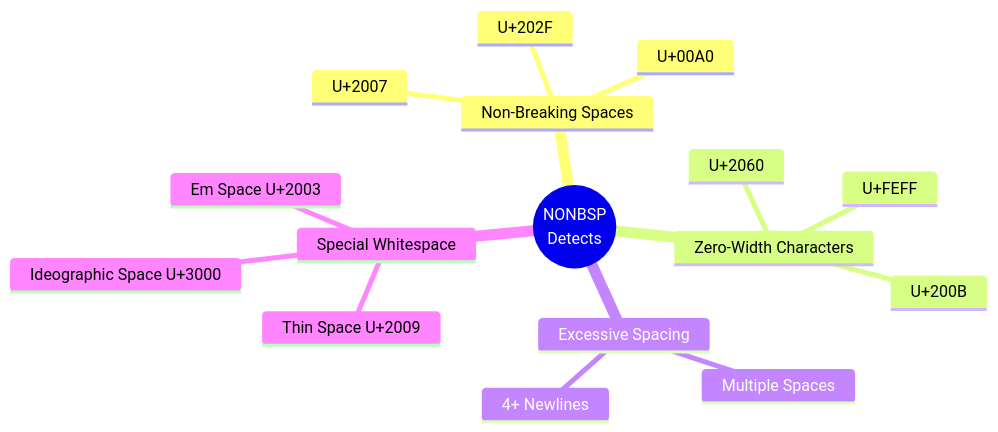
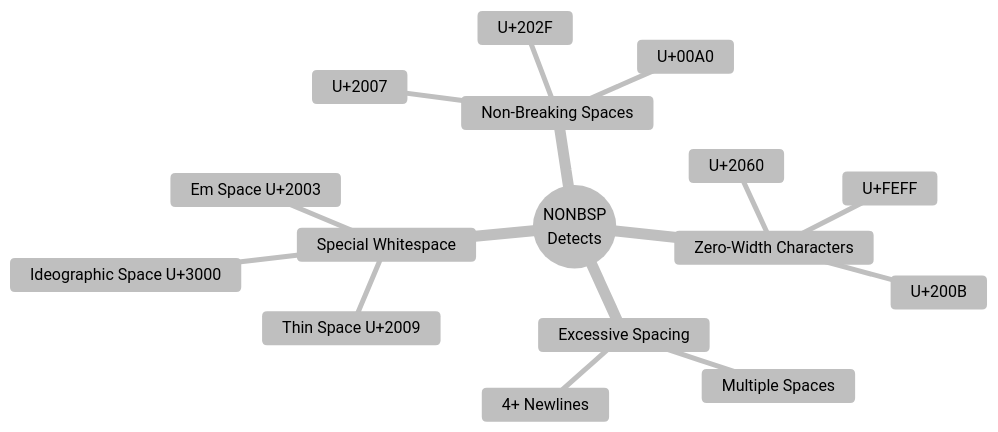
The second of 6 diagrams in README.md (rajtilak-2020/NO-NBSP), drawn with Mermaid before and after one commit. The commit also changed other lines of this file, not shown here.

````diff
--- a/README.md
+++ b/README.md
@@ -67,19 +49,27 @@
 ```mermaid
+%%{init: {'theme': 'base', 'themeVariables': {
+  'primaryColor': '#ffffff',
+  'primaryTextColor': '#000000',
+  'primaryBorderColor': '#ffffff',
+  'lineColor': '#ffffff',
+  'secondaryColor': '#ffffff',
+  'tertiaryColor': '#ffffff'
+}}}%%
 mindmap
   root((NONBSP<br/>Detects))
     Non-Breaking Spaces
       U+00A0
       U+202F
       U+2007
     Zero-Width Characters
       U+200B
       U+2060
       U+FEFF
     Excessive Spacing
       Multiple Spaces
       4+ Newlines
     Special Whitespace
       Em Space U+2003
       Thin Space U+2009
       Ideographic Space U+3000
 ```
````
